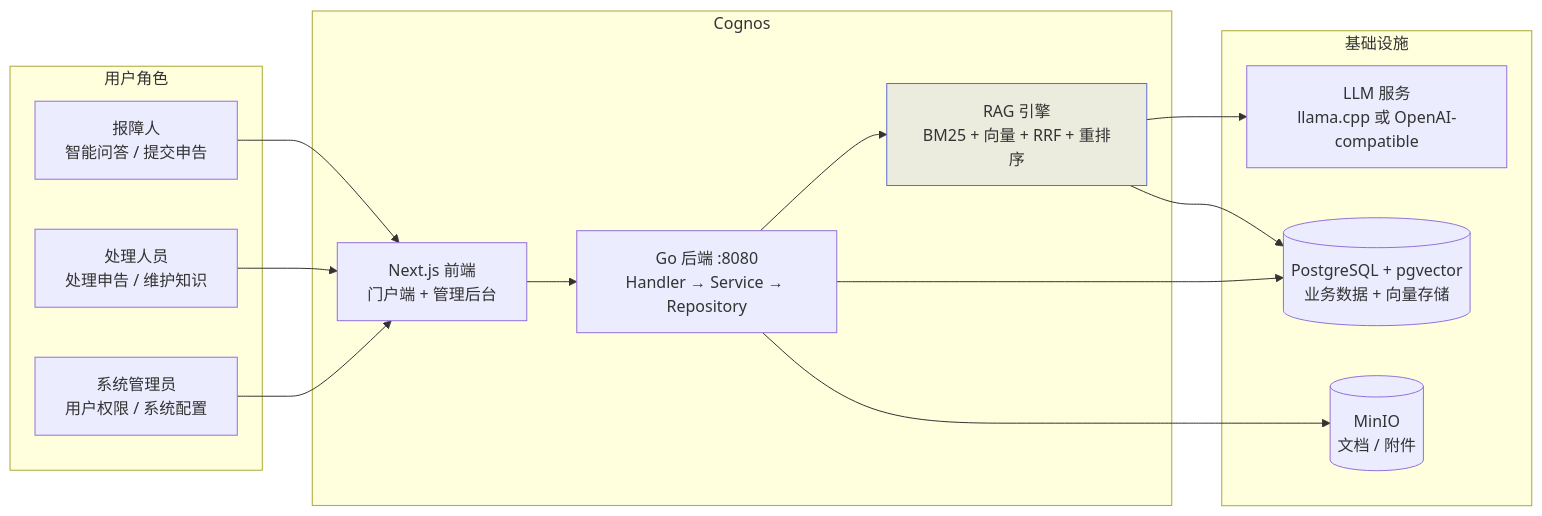
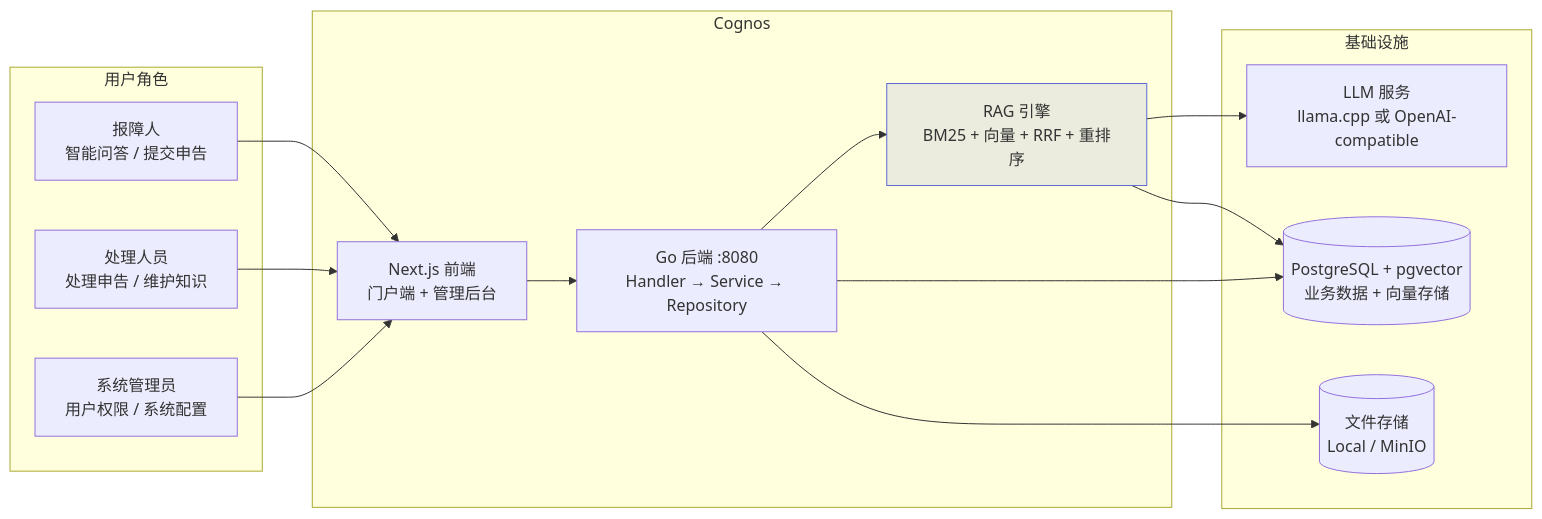
Before and after one commit to int2t05/Cognik: the first of 6 diagrams in docs/PRD.md, drawn with Mermaid. The commit also changed other lines of this file and 9 other files, not shown here.

````diff
--- a/docs/PRD.md
+++ b/docs/PRD.md
@@ -11,32 +11,32 @@
 ```mermaid
 flowchart LR
     subgraph Actors["用户角色"]
         Reporter["报障人<br/>智能问答 / 提交申告"]
         Operator["处理人员<br/>处理申告 / 维护知识"]
         Admin["系统管理员<br/>用户权限 / 系统配置"]
     end
 
     subgraph System["Cognos"]
         Web["Next.js 前端<br/>门户端 + 管理后台"]
         Server["Go 后端 :8080<br/>Handler → Service → Repository"]
         RAG["RAG 引擎<br/>BM25 + 向量 + RRF + 重排序"]
     end
 
     subgraph Infra["基础设施"]
         PG[("PostgreSQL + pgvector<br/>业务数据 + 向量存储")]
-        MinIO[("MinIO<br/>文档 / 附件")]
+        Storage[("文件存储<br/>Local / MinIO")]
         LLM["LLM 服务<br/>llama.cpp 或 OpenAI-compatible"]
     end
 
     Reporter --> Web
     Operator --> Web
     Admin --> Web
     Web --> Server
     Server --> RAG
     Server --> PG
-    Server --> MinIO
+    Server --> Storage
     RAG --> LLM
     RAG --> PG
 
     style RAG fill:#5e6ad220,stroke:#5e6ad2
 ```
````
